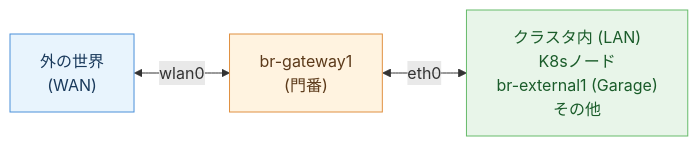
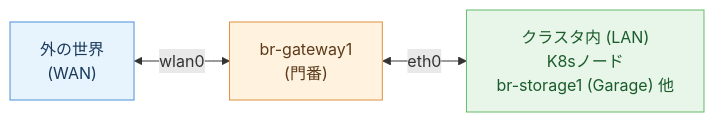
The first of 8 diagrams in docs/network-nftables-guide.md (bright-room/br-cluster), drawn with Mermaid before and after one commit. The commit also changed other lines of this file and 3 other files, not shown here.

````diff
--- a/docs/network-nftables-guide.md
+++ b/docs/network-nftables-guide.md
@@ -7,13 +7,13 @@
 ```mermaid
 graph LR
     WAN["外の世界<br/>(WAN)"]
     GW["br-gateway1<br/>(門番)"]
-    LAN["クラスタ内 (LAN)<br/>K8sノード<br/>br-external1 (Garage)<br/>その他"]
+    LAN["クラスタ内 (LAN)<br/>K8sノード<br/>br-storage1 (Garage) 他"]
 
     WAN <-->|wlan0| GW
     GW <-->|eth0| LAN
 
     style WAN fill:#e8f4fd,stroke:#4a90d9,color:#1a3a5c
     style GW fill:#fff3e0,stroke:#e09040,color:#5c3a1a
     style LAN fill:#e8f5e9,stroke:#66bb6a,color:#1a5c2a
 ```
````
